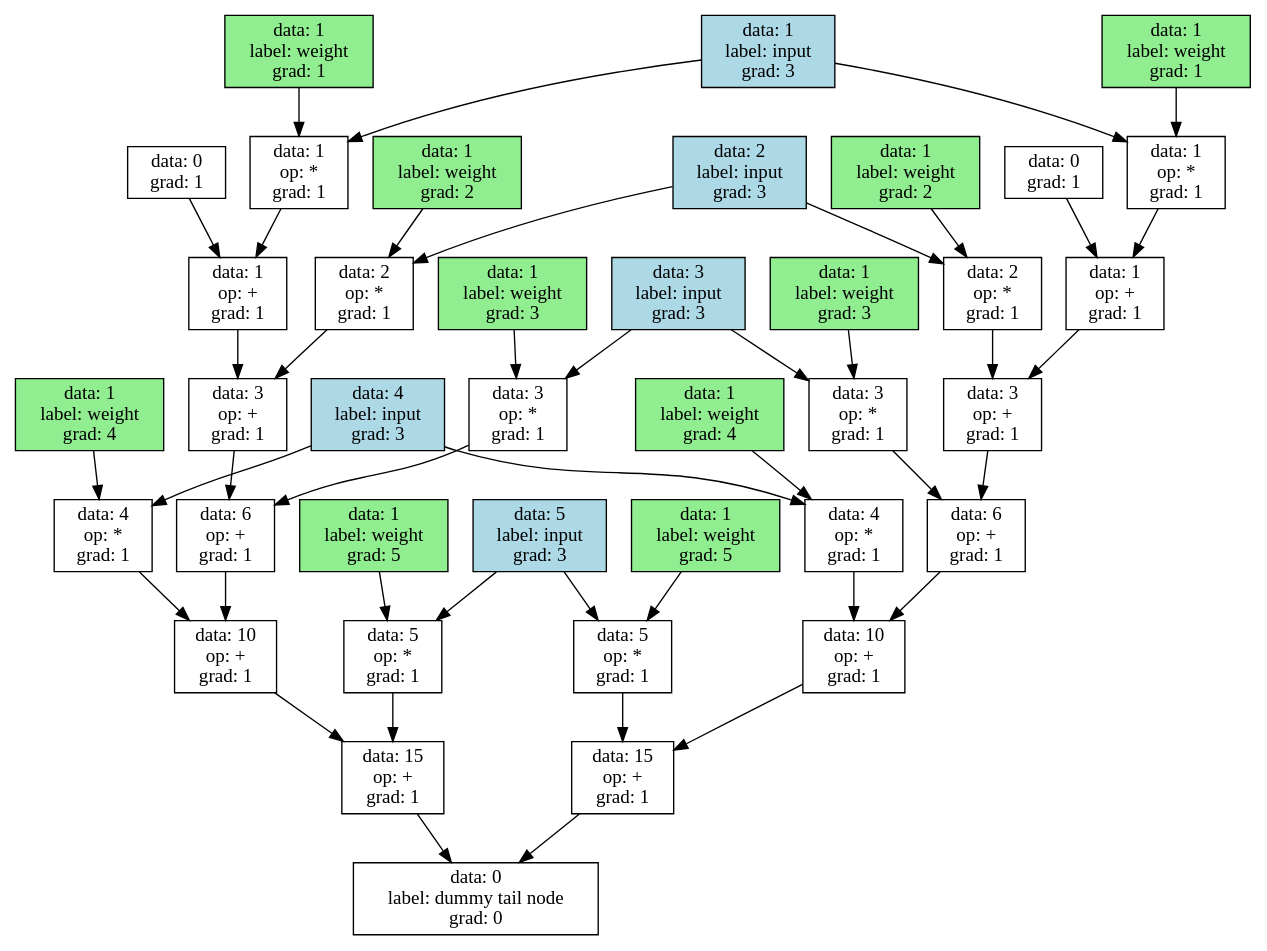
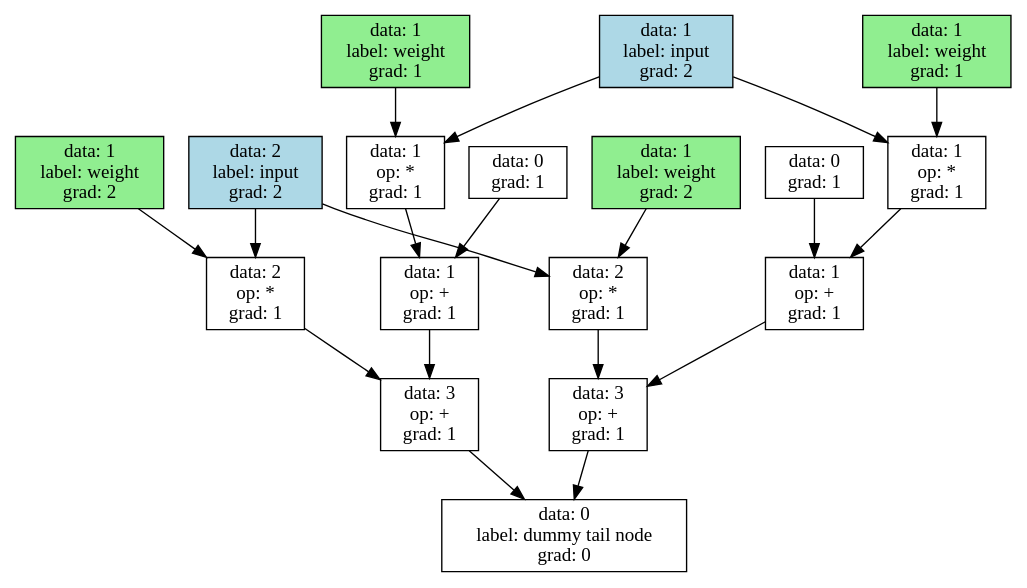
One commit to rshah918/Shahgrad changed the diagram in expression_graph.dot. Above: the diagram before and after it, drawn with Graphviz. The commit also changed 2 other files, not shown here.

```diff
--- a/expression_graph.dot
+++ b/expression_graph.dot
@@ -1,120 +1,54 @@
 digraph ExpressionGraph {
-  6092926560 [label="data: 0\nlabel: dummy tail node
+  6165950064 [label="data: 0\nlabel: dummy tail node
  grad: 0", shape=box, style=filled, fillcolor=none];
-  5762990240 -> 6092926560;
-  5762990976 -> 6092926560;
-  5762990240 [label="data: 15\nop: +
+  5795497648 -> 6165950064;
+  5795498096 -> 6165950064;
+  5795497648 [label="data: 3\nop: +
  grad: 1", shape=box, style=filled, fillcolor=none];
-  5762993360 -> 5762990240;
-  5762993152 -> 5762990240;
-  5762990976 [label="data: 15\nop: +
+  5795498784 -> 5795497648;
+  5795498576 -> 5795497648;
+  5795498096 [label="data: 3\nop: +
  grad: 1", shape=box, style=filled, fillcolor=none];
-  5762995552 -> 5762990976;
-  5762995344 -> 5762990976;
-  5762993360 [label="data: 5\nop: *
+  5795499728 -> 5795498096;
+  5795499520 -> 5795498096;
+  5795498784 [label="data: 2\nop: *
  grad: 1", shape=box, style=filled, fillcolor=none];
-  5745165536 -> 5762993360;
-  5762990784 -> 5762993360;
-  5762993152 [label="data: 10\nop: +
+  5795496512 -> 5795498784;
+  5795497856 -> 5795498784;
+  5795498576 [label="data: 1\nop: +
  grad: 1", shape=box, style=filled, fillcolor=none];
-  5762992944 -> 5762993152;
-  5762992736 -> 5762993152;
-  5762995552 [label="data: 5\nop: *
+  5795498384 -> 5795498576;
+  5795498288 -> 5795498576;
+  5795499728 [label="data: 2\nop: *
  grad: 1", shape=box, style=filled, fillcolor=none];
-  5745165536 -> 5762995552;
-  5762991488 -> 5762995552;
-  5762995344 [label="data: 10\nop: +
+  5795496512 -> 5795499728;
+  5795498192 -> 5795499728;
+  5795499520 [label="data: 1\nop: +
  grad: 1", shape=box, style=filled, fillcolor=none];
-  5762995136 -> 5762995344;
-  5762994928 -> 5762995344;
-  5745165536 [label="data: 5\nlabel: input
- grad: 3", shape=box, style=filled, fillcolor=lightblue];
-  5762990784 [label="data: 1\nlabel: weight
- grad: 5", shape=box, style=filled, fillcolor=lightgreen];
-  5762992944 [label="data: 4\nop: *
+  5795499296 -> 5795499520;
+  5795499200 -> 5795499520;
+  5795496512 [label="data: 2\nlabel: input
+ grad: 2", shape=box, style=filled, fillcolor=lightblue];
+  5795497856 [label="data: 1\nlabel: weight
+ grad: 2", shape=box, style=filled, fillcolor=lightgreen];
+  5795498384 [label="data: 1\nop: *
  grad: 1", shape=box, style=filled, fillcolor=none];
-  5745165440 -> 5762992944;
-  5762990688 -> 5762992944;
-  5762992736 [label="data: 6\nop: +
+  5795496416 -> 5795498384;
+  5795497744 -> 5795498384;
+  5795498288 [label="data: 0
  grad: 1", shape=box, style=filled, fillcolor=none];
-  5762992528 -> 5762992736;
-  5762992320 -> 5762992736;
-  5762991488 [label="data: 1\nlabel: weight
- grad: 5", shape=box, style=filled, fillcolor=lightgreen];
-  5762995136 [label="data: 4\nop: *
+  5795498192 [label="data: 1\nlabel: weight
+ grad: 2", shape=box, style=filled, fillcolor=lightgreen];
+  5795499296 [label="data: 1\nop: *
  grad: 1", shape=box, style=filled, fillcolor=none];
-  5745165440 -> 5762995136;
-  5762991392 -> 5762995136;
-  5762994928 [label="data: 6\nop: +
+  5795496416 -> 5795499296;
+  5795497968 -> 5795499296;
+  5795499200 [label="data: 0
  grad: 1", shape=box, style=filled, fillcolor=none];
-  5762994720 -> 5762994928;
-  5762994512 -> 5762994928;
-  5745165440 [label="data: 4\nlabel: input
- grad: 3", shape=box, style=filled, fillcolor=lightblue];
-  5762990688 [label="data: 1\nlabel: weight
- grad: 4", shape=box, style=filled, fillcolor=lightgreen];
-  5762992528 [label="data: 3\nop: *
- grad: 1", shape=box, style=filled, fillcolor=none];
-  5745165344 -> 5762992528;
-  5762990560 -> 5762992528;
-  5762992320 [label="data: 3\nop: +
- grad: 1", shape=box, style=filled, fillcolor=none];
-  5762992128 -> 5762992320;
-  5762991936 -> 5762992320;
-  5762991392 [label="data: 1\nlabel: weight
- grad: 4", shape=box, style=filled, fillcolor=lightgreen];
-  5762994720 [label="data: 3\nop: *
- grad: 1", shape=box, style=filled, fillcolor=none];
-  5745165344 -> 5762994720;
-  5762991296 -> 5762994720;
-  5762994512 [label="data: 3\nop: +
- grad: 1", shape=box, style=filled, fillcolor=none];
-  5762994304 -> 5762994512;
-  5762994096 -> 5762994512;
-  5745165344 [label="data: 3\nlabel: input
- grad: 3", shape=box, style=filled, fillcolor=lightblue];
-  5762990560 [label="data: 1\nlabel: weight
- grad: 3", shape=box, style=filled, fillcolor=lightgreen];
-  5762992128 [label="data: 2\nop: *
- grad: 1", shape=box, style=filled, fillcolor=none];
-  5745165248 -> 5762992128;
-  5762990448 -> 5762992128;
-  5762991936 [label="data: 1\nop: +
- grad: 1", shape=box, style=filled, fillcolor=none];
-  5762991744 -> 5762991936;
-  5762991648 -> 5762991936;
-  5762991296 [label="data: 1\nlabel: weight
- grad: 3", shape=box, style=filled, fillcolor=lightgreen];
-  5762994304 [label="data: 2\nop: *
- grad: 1", shape=box, style=filled, fillcolor=none];
-  5745165248 -> 5762994304;
-  5762991184 -> 5762994304;
-  5762994096 [label="data: 1\nop: +
- grad: 1", shape=box, style=filled, fillcolor=none];
-  5762993872 -> 5762994096;
-  5762993776 -> 5762994096;
-  5745165248 [label="data: 2\nlabel: input
- grad: 3", shape=box, style=filled, fillcolor=lightblue];
-  5762990448 [label="data: 1\nlabel: weight
- grad: 2", shape=box, style=filled, fillcolor=lightgreen];
-  5762991744 [label="data: 1\nop: *
- grad: 1", shape=box, style=filled, fillcolor=none];
-  5745165152 -> 5762991744;
-  5762990336 -> 5762991744;
-  5762991648 [label="data: 0
- grad: 1", shape=box, style=filled, fillcolor=none];
-  5762991184 [label="data: 1\nlabel: weight
- grad: 2", shape=box, style=filled, fillcolor=lightgreen];
-  5762993872 [label="data: 1\nop: *
- grad: 1", shape=box, style=filled, fillcolor=none];
-  5745165152 -> 5762993872;
-  5762991072 -> 5762993872;
-  5762993776 [label="data: 0
- grad: 1", shape=box, style=filled, fillcolor=none];
-  5745165152 [label="data: 1\nlabel: input
- grad: 3", shape=box, style=filled, fillcolor=lightblue];
-  5762990336 [label="data: 1\nlabel: weight
+  5795496416 [label="data: 1\nlabel: input
+ grad: 2", shape=box, style=filled, fillcolor=lightblue];
+  5795497744 [label="data: 1\nlabel: weight
  grad: 1", shape=box, style=filled, fillcolor=lightgreen];
-  5762991072 [label="data: 1\nlabel: weight
+  5795497968 [label="data: 1\nlabel: weight
  grad: 1", shape=box, style=filled, fillcolor=lightgreen];
 }
```
